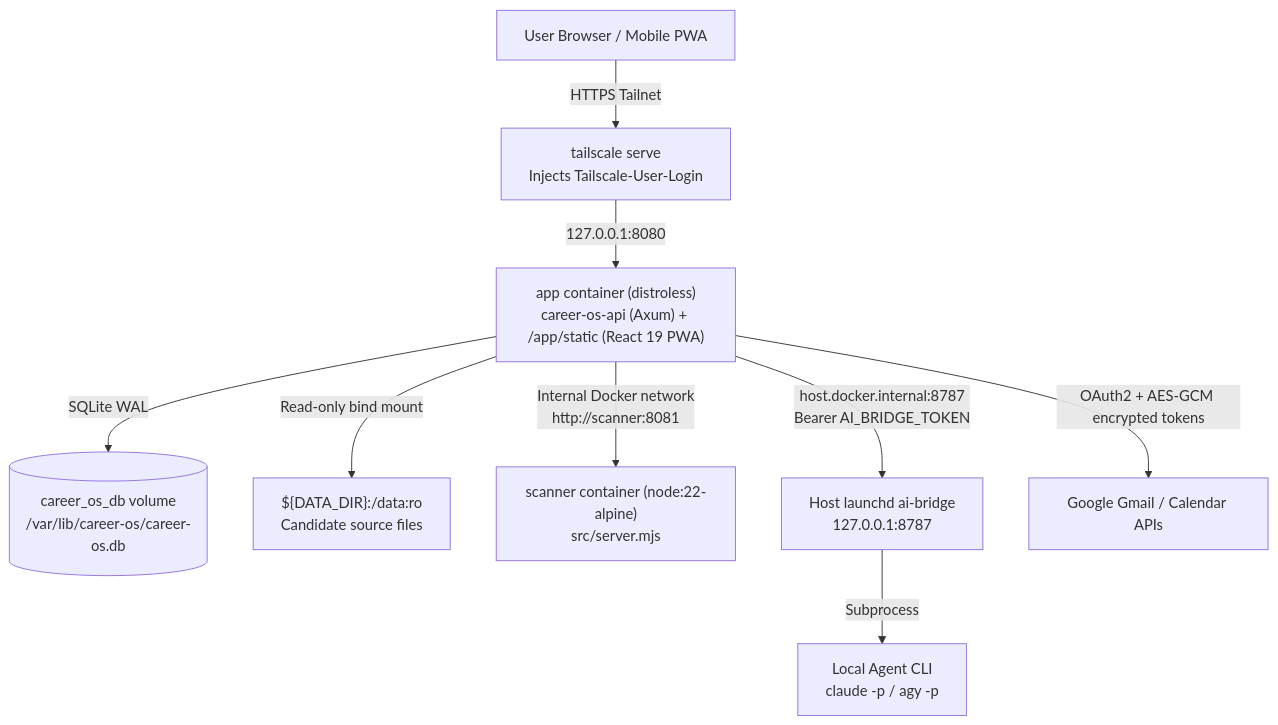
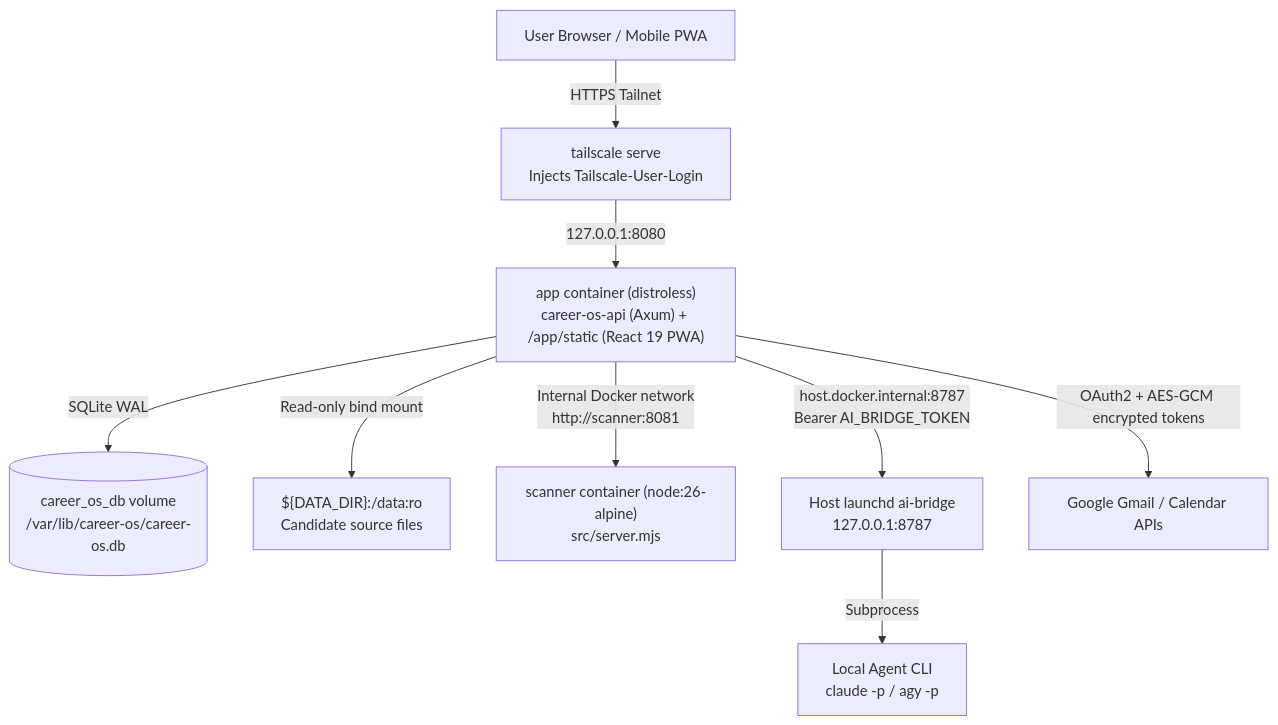
Before and after one commit to yaaf-some/career-os: the diagram in docs/architecture.md, drawn with Mermaid. The commit also changed other lines of this file and 37 other files, not shown here.

````diff
--- a/docs/architecture.md
+++ b/docs/architecture.md
@@ -7,11 +7,11 @@
 ```mermaid
 flowchart TB
     User["User Browser / Mobile PWA"] -->|HTTPS Tailnet| Tailscale["tailscale serve\nInjects Tailscale-User-Login"]
     Tailscale -->|127.0.0.1:8080| App["app container (distroless)\ncareer-os-api (Axum) + /app/static (React 19 PWA)"]
     App -->|SQLite WAL| DB[("career_os_db volume\n/var/lib/career-os/career-os.db")]
     App -->|Read-only bind mount| Data["${DATA_DIR}:/data:ro\nCandidate source files"]
-    App -->|Internal Docker network\nhttp://scanner:8081| Scanner["scanner container (node:22-alpine)\nsrc/server.mjs"]
+    App -->|Internal Docker network\nhttp://scanner:8081| Scanner["scanner container (node:26-alpine)\nsrc/server.mjs"]
     App -->|host.docker.internal:8787\nBearer AI_BRIDGE_TOKEN| Bridge["Host launchd ai-bridge\n127.0.0.1:8787"]
     Bridge -->|Subprocess| CLI["Local Agent CLI\nclaude -p / agy -p"]
     App -->|OAuth2 + AES-GCM encrypted tokens| Google["Google Gmail / Calendar APIs"]
 ```
````
